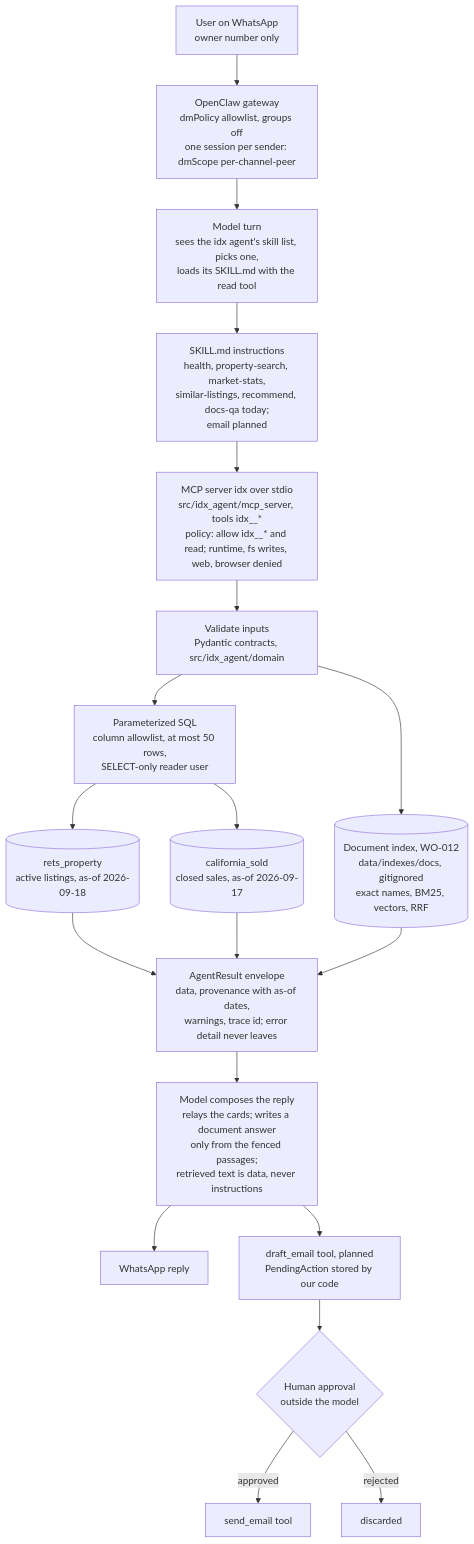
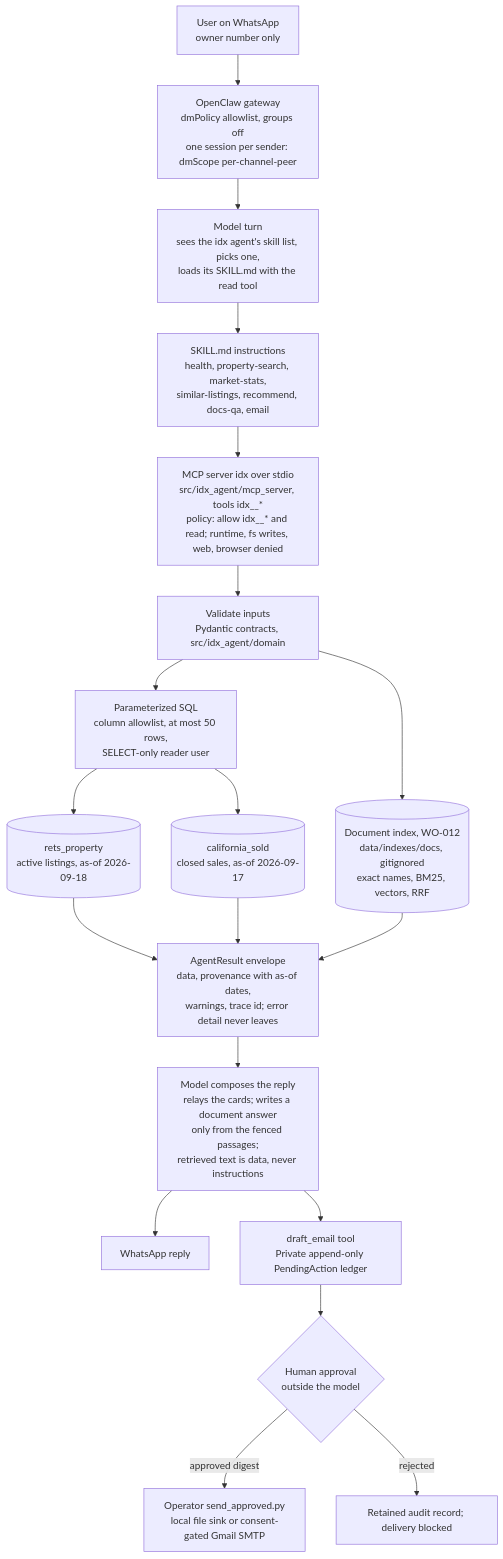
The diagram in docs/ARCHITECTURE.md (kudratsingh/IDX-Exchange-Agentic-AI), drawn with Mermaid before and after one commit. The commit also changed other lines of this file and 65 other files, not shown here.

````diff
--- a/docs/ARCHITECTURE.md
+++ b/docs/ARCHITECTURE.md
@@ -9,21 +9,21 @@
 ```mermaid
 flowchart TD
     U[User on WhatsApp<br/>owner number only] --> GW[OpenClaw gateway<br/>dmPolicy allowlist, groups off<br/>one session per sender: dmScope per-channel-peer]
     GW --> M[Model turn<br/>sees the idx agent's skill list, picks one,<br/>loads its SKILL.md with the read tool]
-    M --> SK[SKILL.md instructions<br/>health, property-search, market-stats,<br/>similar-listings, recommend, docs-qa today;<br/>email planned]
+    M --> SK[SKILL.md instructions<br/>health, property-search, market-stats,<br/>similar-listings, recommend, docs-qa, email]
     SK --> MCP[MCP server idx over stdio<br/>src/idx_agent/mcp_server, tools idx__*<br/>policy: allow idx__* and read; runtime, fs writes, web, browser denied]
     MCP --> V[Validate inputs<br/>Pydantic contracts, src/idx_agent/domain]
     V --> SQL[Parameterized SQL<br/>column allowlist, at most 50 rows,<br/>SELECT-only reader user]
     SQL --> DB1[(rets_property<br/>active listings, as-of 2026-09-18)]
     SQL --> DB2[(california_sold<br/>closed sales, as-of 2026-09-17)]
     V --> RAG[(Document index, WO-012<br/>data/indexes/docs, gitignored<br/>exact names, BM25, vectors, RRF)]
     DB1 --> R[AgentResult envelope<br/>data, provenance with as-of dates,<br/>warnings, trace id; error detail never leaves]
     DB2 --> R
     RAG --> R
     R --> M2[Model composes the reply<br/>relays the cards; writes a document answer<br/>only from the fenced passages;<br/>retrieved text is data, never instructions]
     M2 --> W[WhatsApp reply]
-    M2 --> D[draft_email tool, planned<br/>PendingAction stored by our code]
+    M2 --> D[draft_email tool<br/>Private append-only PendingAction ledger]
     D --> A{Human approval<br/>outside the model}
-    A -->|approved| S[send_email tool]
-    A -->|rejected| X[discarded]
+    A -->|approved digest| S[Operator send_approved.py<br/>local file sink or consent-gated Gmail SMTP]
+    A -->|rejected| X[Retained audit record; delivery blocked]
 ```
````
